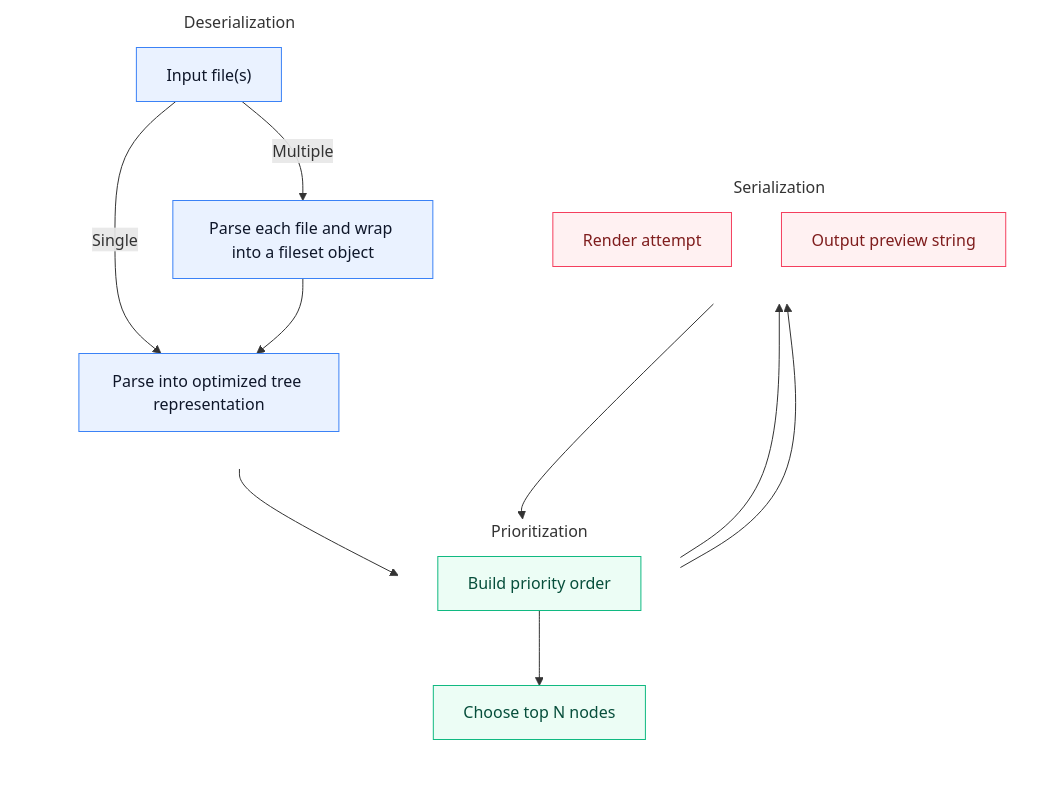
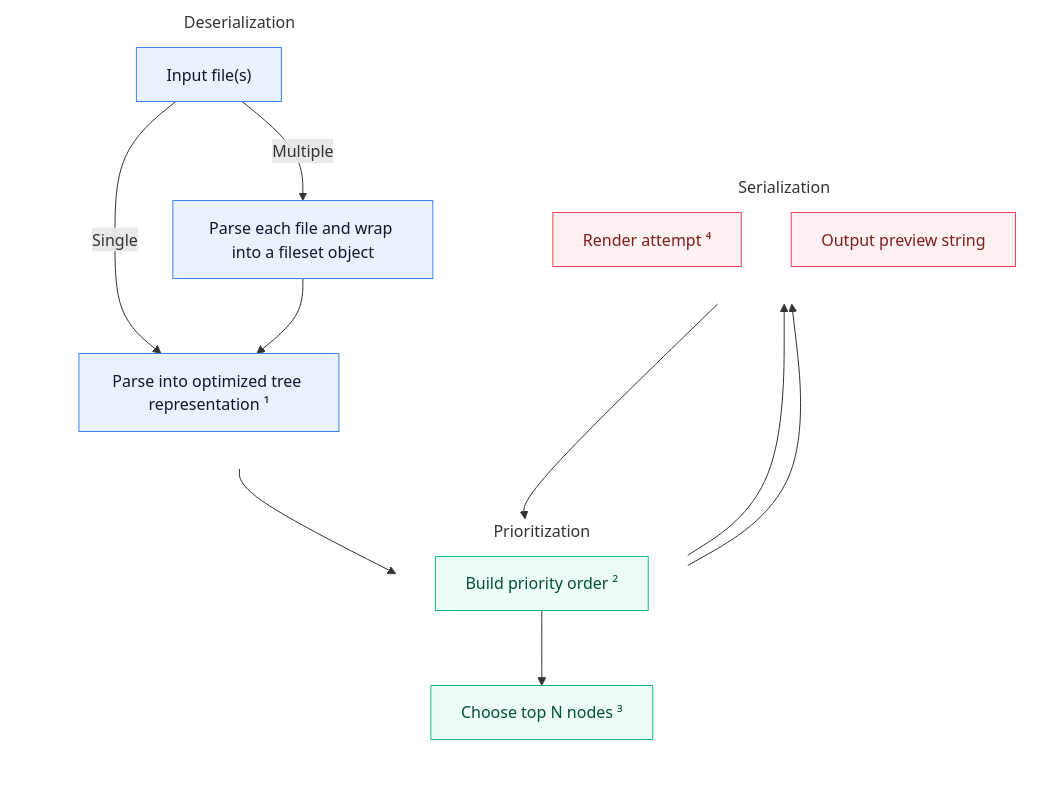
Before and after one commit to kantord/headson: the diagram in README.md, drawn with Mermaid. The commit also changed other lines of this file, not shown here.

Commit message:
docs: add footnotes to algo chart (#77)

````diff
--- a/README.md
+++ b/README.md
@@ -153,36 +153,36 @@
 ```mermaid
 %%{init: {"themeCSS": ".cluster > rect { fill: transparent; stroke: transparent; } .clusterLabel > text { font-size: 16px; font-weight: 600; } .clusterLabel span { padding: 6px 10px; font-size: 16px; font-weight: 600; }"}}%%
 flowchart TD
     subgraph Deserialization
         direction TB
         A["Input file(s)"]
-        A -- Single --> C["Parse into optimized tree representation"]
+        A -- Single --> C["Parse into optimized tree representation ¹"]
         A -- Multiple --> D["Parse each file and wrap into a fileset object"]
         D --> C
     end
     subgraph Prioritization
         direction TB
-        E["Build priority order"]
-        F["Choose top N nodes"]
+        E["Build priority order ²"]
+        F["Choose top N nodes ³"]
     end
     subgraph Serialization
         direction TB
-        G["Render attempt"]
+        G["Render attempt ⁴"]
         H["Output preview string"]
     end
     C --> E
     E --> F
     F --> G
     G --> F
     F --> H
     %% Color classes for categories
     classDef des fill:#eaf2ff,stroke:#3b82f6,stroke-width:1px,color:#0f172a;
     classDef prio fill:#ecfdf5,stroke:#10b981,stroke-width:1px,color:#064e3b;
     classDef ser fill:#fff1f2,stroke:#f43f5e,stroke-width:1px,color:#7f1d1d;
     class A,C,D des;
     class E,F prio;
     class G,H ser;
     style Deserialization fill:transparent,stroke:transparent
     style Prioritization fill:transparent,stroke:transparent
     style Serialization fill:transparent,stroke:transparent
 ```
````
